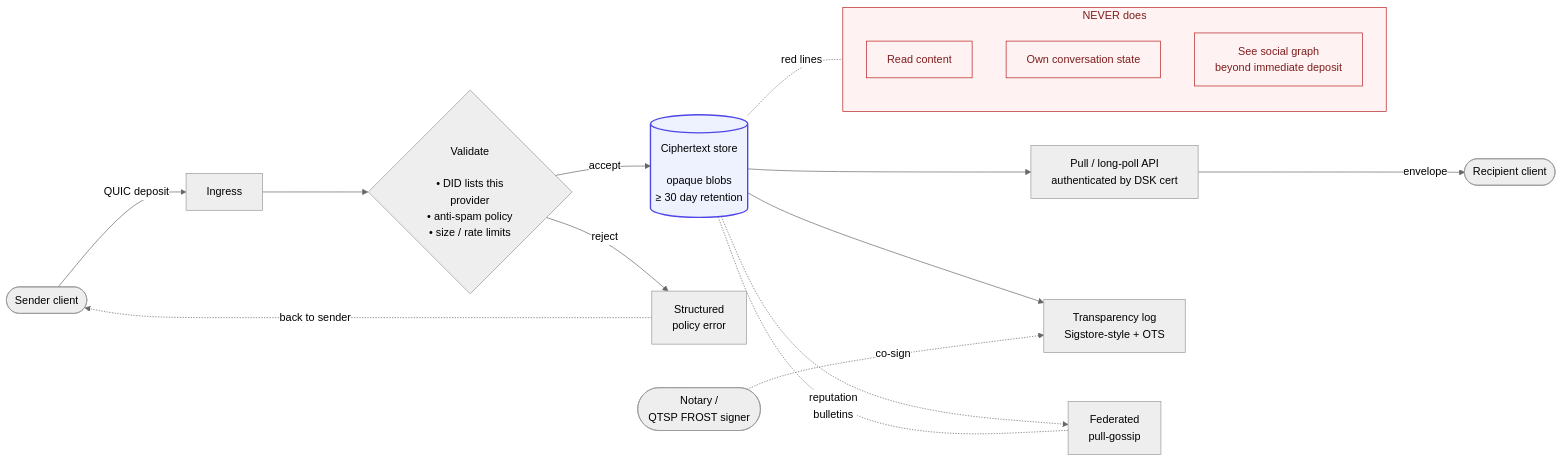
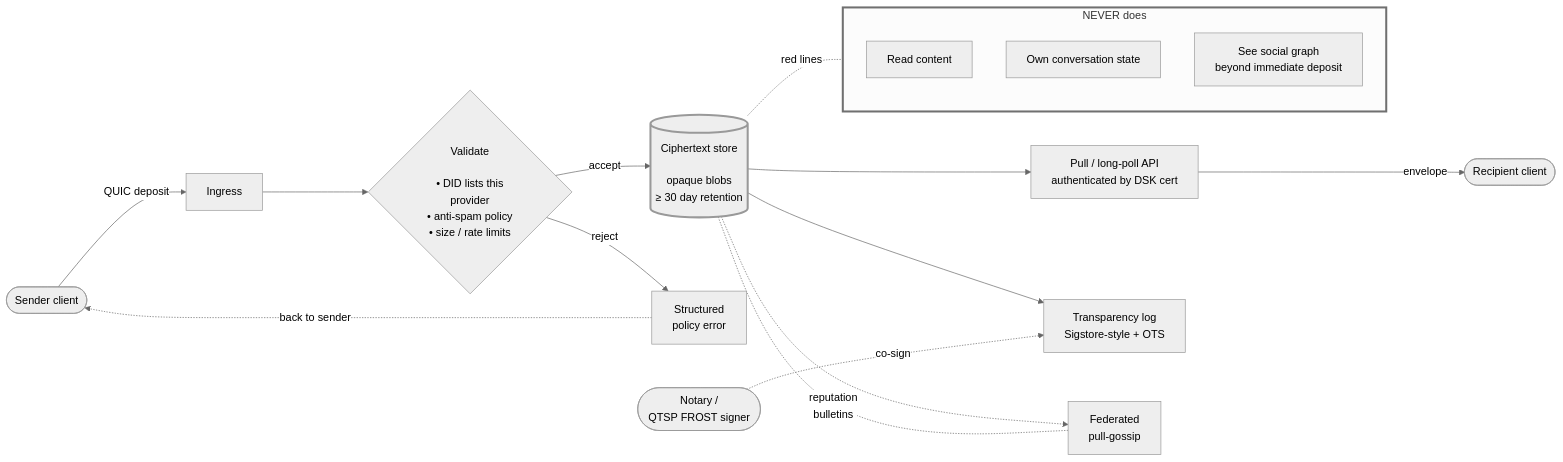
One commit to tamimbinhakim/marque changed the third of 5 diagrams in docs/architecture-overview.md. Above: the diagram before and after it, drawn with Mermaid (neutral theme). The commit also changed other lines of this file and 6 other files, not shown here.

````diff
--- a/docs/architecture-overview.md
+++ b/docs/architecture-overview.md
@@ -131,29 +119,27 @@
 ```mermaid
 flowchart LR
     S([Sender client]) -->|QUIC deposit| IN[Ingress]
     IN --> V{Validate<br/><br/>• DID lists this<br/>provider<br/>• anti-spam policy<br/>• size / rate limits}
     V -->|accept| STORE[(Ciphertext store<br/><br/>opaque blobs<br/>≥ 30 day retention)]
     V -->|reject| ERR[Structured<br/>policy error]
     ERR -.->|back to sender| S
 
     STORE --> FETCH[Pull / long-poll API<br/>authenticated by DSK cert]
     FETCH -->|envelope| C([Recipient client])
 
     STORE --> TLOG[Transparency log<br/>Sigstore-style + OTS]
     NOTARY([Notary /<br/>QTSP FROST signer]) -. co-sign .-> TLOG
     STORE -.->|reputation<br/>bulletins| G[Federated<br/>pull-gossip]
     G -.- STORE
 
     subgraph NEVER [" NEVER does "]
         direction TB
         N1[Read content]
         N2[Own conversation state]
         N3[See social graph<br/>beyond immediate deposit]
     end
     STORE -. red lines .- NEVER
 
-    classDef never fill:#fef2f2,stroke:#b91c1c,stroke-width:1px,color:#7f1d1d;
-    classDef store fill:#eef2ff,stroke:#4f46e5,stroke-width:2px;
-    class NEVER,N1,N2,N3 never
-    class STORE store
+    classDef emphasized stroke-width:3px;
+    class STORE,NEVER emphasized
 ```
````
